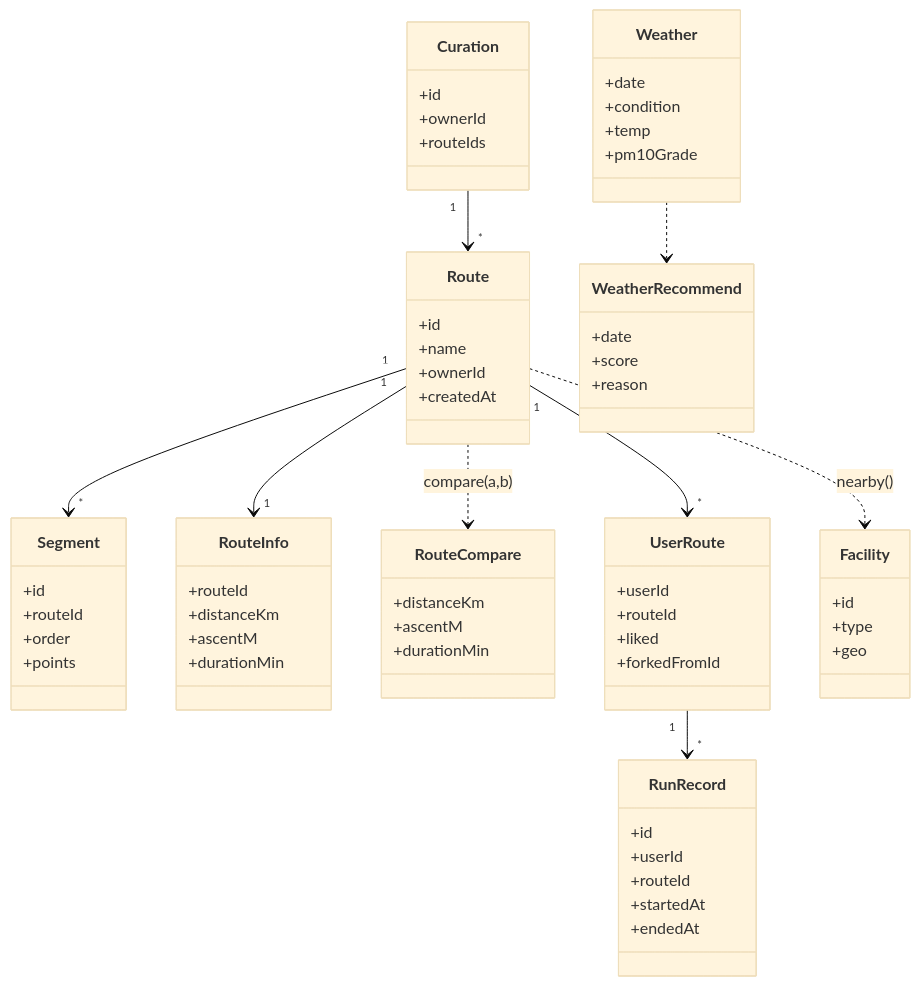
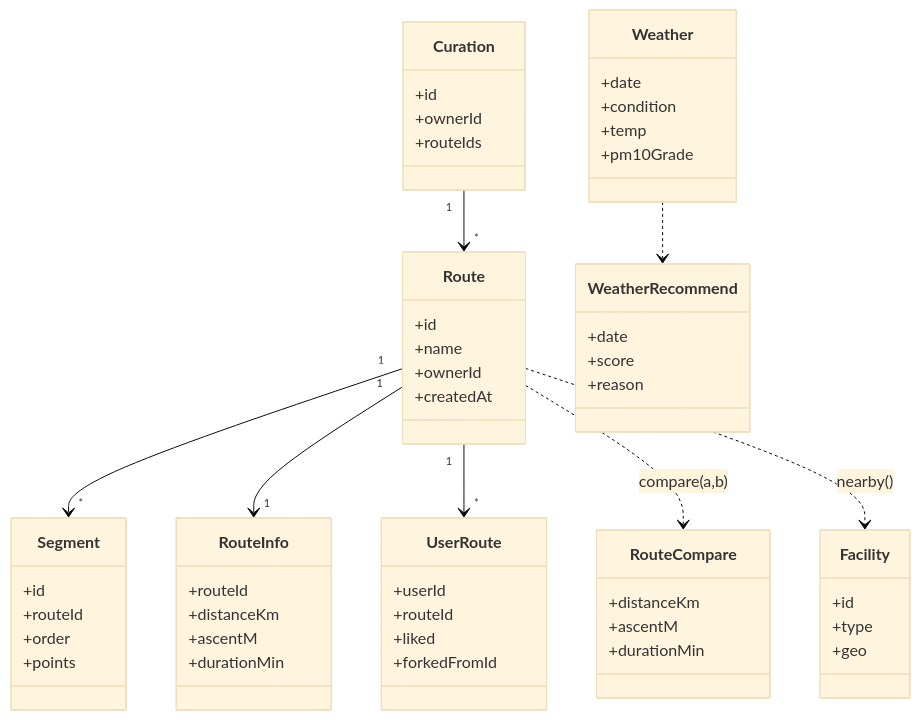
The diagram in docs/wiki/3-Domain-Model.md (gomj-runnable/runnable2.0), drawn with Mermaid (base theme) before and after one commit. The commit also changed other lines of this file and 27 other files, not shown here.

````diff
--- a/docs/wiki/3-Domain-Model.md
+++ b/docs/wiki/3-Domain-Model.md
@@ -55,68 +54,60 @@
 ```mermaid
 classDiagram
     class Route {
       +id
       +name
       +ownerId
       +createdAt
     }
     class Segment {
       +id
       +routeId
       +order
       +points
     }
     class RouteInfo {
       +routeId
       +distanceKm
       +ascentM
       +durationMin
     }
     class RouteCompare {
       +distanceKm
       +ascentM
       +durationMin
-    }
-    class RunRecord {
-      +id
-      +userId
-      +routeId
-      +startedAt
-      +endedAt
     }
     class UserRoute {
       +userId
       +routeId
       +liked
       +forkedFromId
     }
     class Facility {
       +id
       +type
       +geo
     }
     class Curation {
       +id
       +ownerId
       +routeIds
     }
     class Weather {
       +date
       +condition
       +temp
       +pm10Grade
     }
     class WeatherRecommend {
       +date
       +score
       +reason
     }
     Route "1" --> "*" Segment
     Route "1" --> "1" RouteInfo
     Route "1" --> "*" UserRoute
     Route ..> RouteCompare : compare(a,b)
-    UserRoute "1" --> "*" RunRecord
     Curation "1" --> "*" Route
     Route ..> Facility : nearby()
     Weather ..> WeatherRecommend
 ```
````
